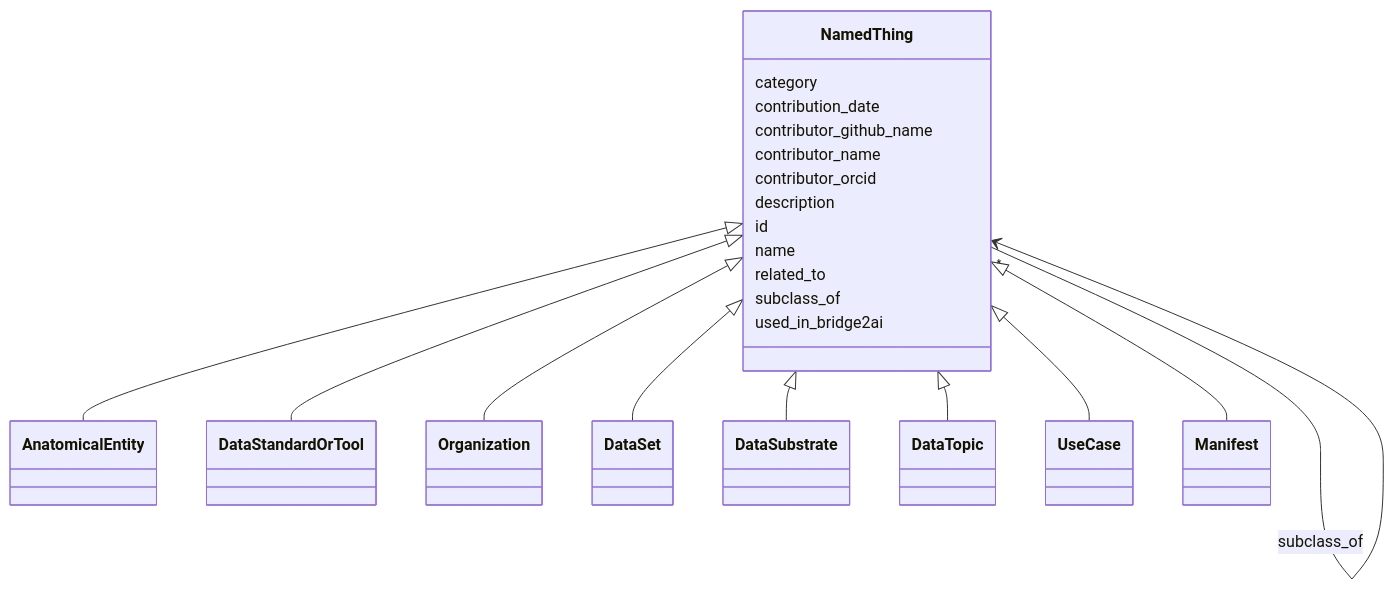
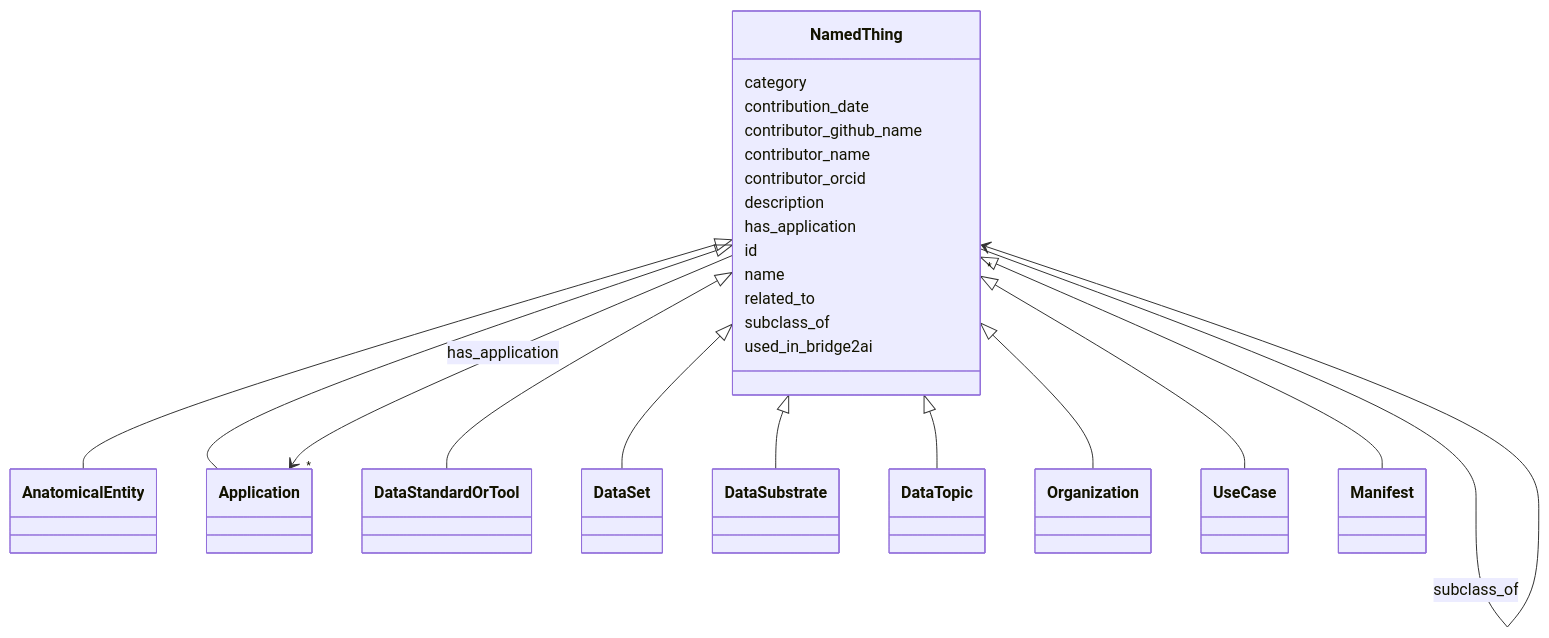
Before and after one commit to bridge2ai/standards-schemas: the diagram in docs/NamedThing.md, drawn with Mermaid. The commit also changed other lines of this file and 54 other files, not shown here.

Commit message:
Update schema artifacts

````diff
--- a/docs/NamedThing.md
+++ b/docs/NamedThing.md
@@ -18,63 +18,76 @@
 ```mermaid
  classDiagram
     class NamedThing
     click NamedThing href "../NamedThing/"
       NamedThing <|-- AnatomicalEntity
         click AnatomicalEntity href "../AnatomicalEntity/"
+      NamedThing <|-- Application
+        click Application href "../Application/"
       NamedThing <|-- DataStandardOrTool
         click DataStandardOrTool href "../DataStandardOrTool/"
-      NamedThing <|-- Organization
-        click Organization href "../Organization/"
       NamedThing <|-- DataSet
         click DataSet href "../DataSet/"
       NamedThing <|-- DataSubstrate
         click DataSubstrate href "../DataSubstrate/"
       NamedThing <|-- DataTopic
         click DataTopic href "../DataTopic/"
+      NamedThing <|-- Organization
+        click Organization href "../Organization/"
       NamedThing <|-- UseCase
         click UseCase href "../UseCase/"
       NamedThing <|-- Manifest
         click Manifest href "../Manifest/"
       
       NamedThing : category
         
       NamedThing : contribution_date
         
       NamedThing : contributor_github_name
         
       NamedThing : contributor_name
         
       NamedThing : contributor_orcid
         
       NamedThing : description
+        
+      NamedThing : has_application
+        
+          
+    
+        
+        
+        NamedThing --> "*" Application : has_application
+        click Application href "../Application/"
+    
+
         
       NamedThing : id
         
       NamedThing : name
         
       NamedThing : related_to
         
           
     
         
         
         NamedThing --> "*" NamedThing : related_to
         click NamedThing href "../NamedThing/"
     
 
         
       NamedThing : subclass_of
         
           
     
         
         
         NamedThing --> "*" NamedThing : subclass_of
         click NamedThing href "../NamedThing/"
     
 
         
       NamedThing : used_in_bridge2ai
         
       
 ```
````
